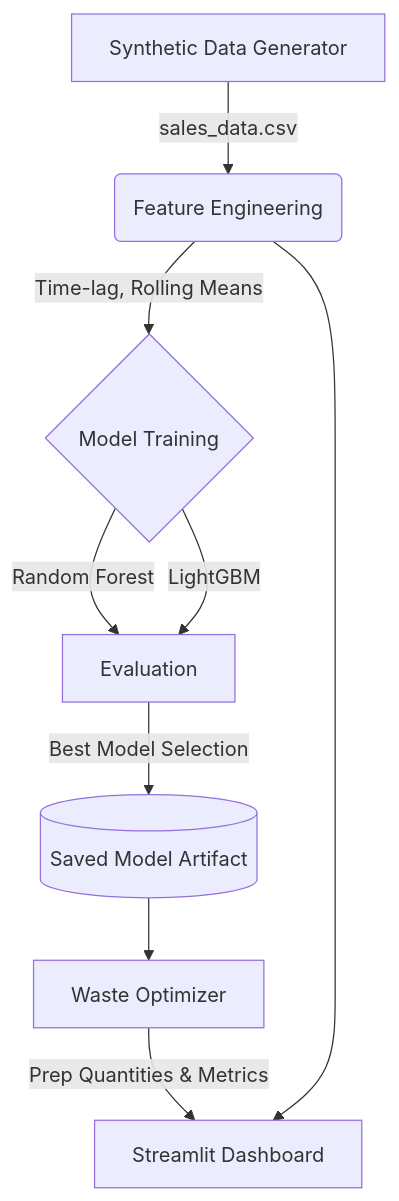
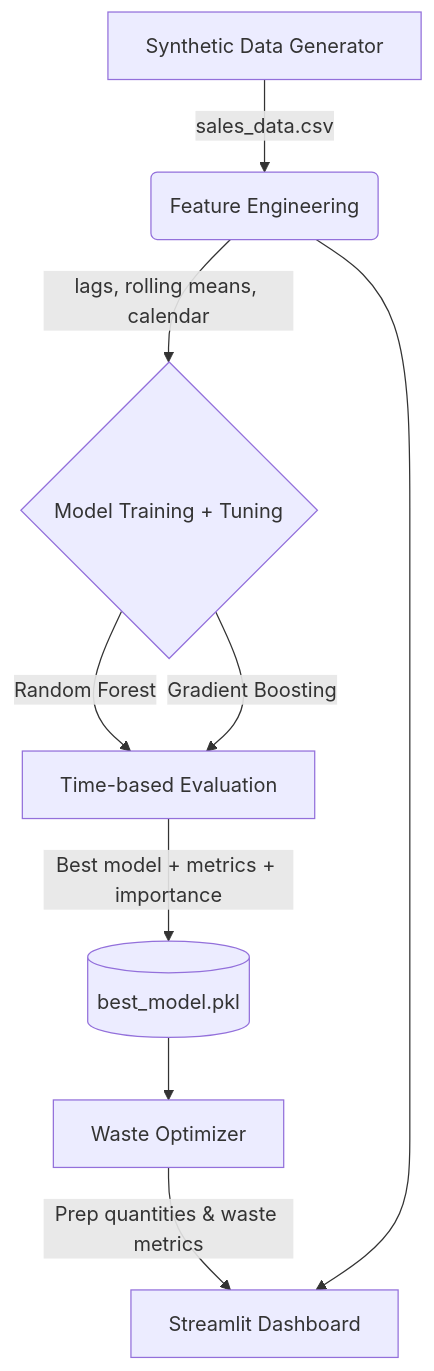
One commit to The-AlphaWolf/Restaurent-management changed the diagram in README.md. Above: the diagram before and after it, drawn with Mermaid. The commit also changed other lines of this file and 31 other files, not shown here.

````diff
--- a/README.md
+++ b/README.md
@@ -22,11 +28,11 @@
 ```mermaid
 graph TD
     A[Synthetic Data Generator] -->|sales_data.csv| B(Feature Engineering)
-    B -->|Time-lag, Rolling Means| C{Model Training}
-    C -->|Random Forest| D[Evaluation]
-    C -->|LightGBM| D
-    D -->|Best Model Selection| E[(Saved Model Artifact)]
+    B -->|lags, rolling means, calendar| C{Model Training + Tuning}
+    C -->|Random Forest| D[Time-based Evaluation]
+    C -->|Gradient Boosting| D
+    D -->|Best model + metrics + importance| E[(best_model.pkl)]
     E --> F[Waste Optimizer]
-    F -->|Prep Quantities & Metrics| G[Streamlit Dashboard]
+    F -->|Prep quantities & waste metrics| G[Streamlit Dashboard]
     B --> G
 ```
````
